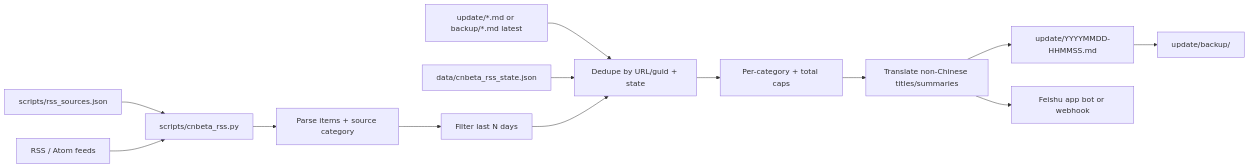
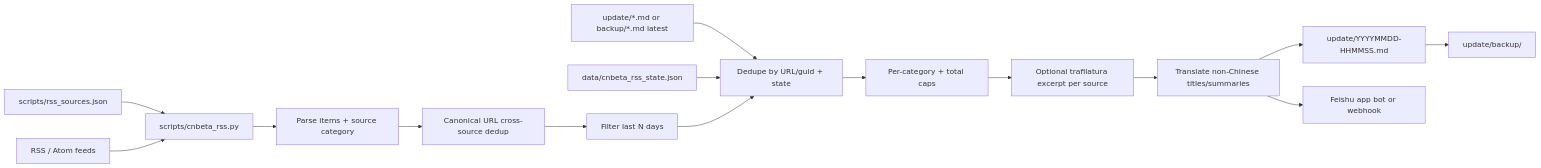
Before and after one commit to zjk1984/new-movie-tracker-skill: the diagram in docs/project-context.md, drawn with Mermaid. The commit also changed other lines of this file and 4 other files, not shown here.

First line of the commit message:
feat(rss): Horizon-inspired dedup, collapsible Feishu, fetch report, trafilatura

````diff
--- a/docs/project-context.md
+++ b/docs/project-context.md
@@ -9,15 +9,17 @@
 ```mermaid
 flowchart LR
   JSON[scripts/rss_sources.json] --> Fetch[scripts/cnbeta_rss.py]
   RSS[RSS / Atom feeds] --> Fetch
   Fetch --> Parse[Parse items + source category]
   Prev[update/*.md or backup/*.md latest] --> Dedupe[Dedupe by URL/guid + state]
   State[data/cnbeta_rss_state.json] --> Dedupe
-  Parse --> Window[Filter last N days]
+  Parse --> Canonical[Canonical URL cross-source dedup]
+  Canonical --> Window[Filter last N days]
   Window --> Dedupe
   Dedupe --> Limit[Per-category + total caps]
-  Limit --> Translate[Translate non-Chinese titles/summaries]
+  Limit --> Enrich[Optional trafilatura excerpt per source]
+  Enrich --> Translate[Translate non-Chinese titles/summaries]
   Translate --> Update[update/YYYYMMDD-HHMMSS.md]
   Translate --> Feishu[Feishu app bot or webhook]
   Update --> Backup[update/backup/]
 ```
````
